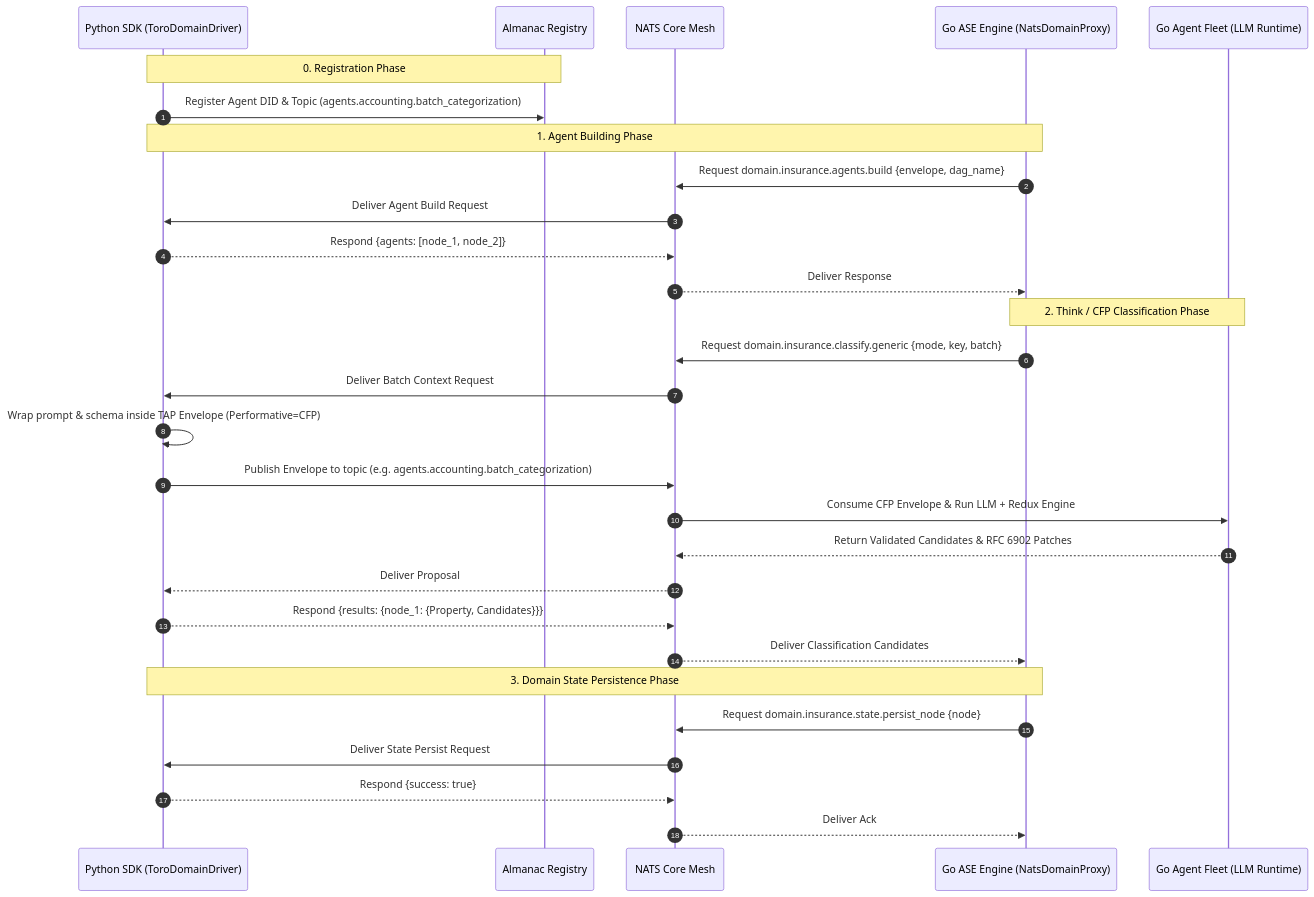
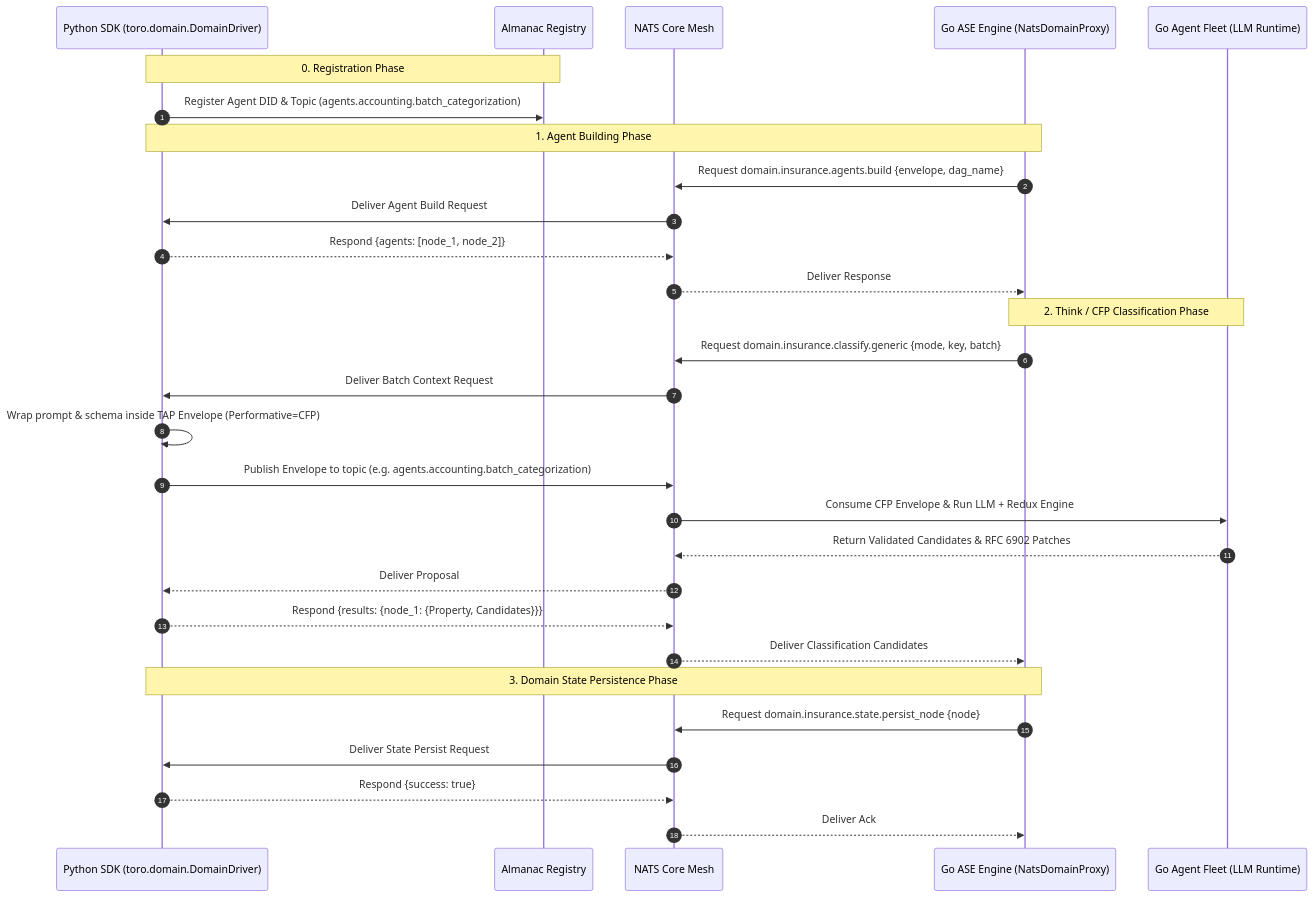
One commit to Yankzy/usetoro changed the first of 2 diagrams in docs/prds/python_sdk.md. Above: the diagram before and after it, drawn with Mermaid. The commit also changed other lines of this file, not shown here.

Commit message:
docs(prd): update module namespaces to toro.domain and toro.core in Python SDK PRD

````diff
--- a/docs/prds/python_sdk.md
+++ b/docs/prds/python_sdk.md
@@ -211,35 +211,35 @@
 ```mermaid
 sequenceDiagram
     autonumber
-    participant PyDriver as Python SDK (ToroDomainDriver)
+    participant PyDriver as Python SDK (toro.domain.DomainDriver)
     participant Almanac as Almanac Registry
     participant NATS as NATS Core Mesh
     participant GoASE as Go ASE Engine (NatsDomainProxy)
     participant GoFleet as Go Agent Fleet (LLM Runtime)
 
     Note over PyDriver, Almanac: 0. Registration Phase
     PyDriver->>Almanac: Register Agent DID & Topic (agents.accounting.batch_categorization)
 
     Note over GoASE, PyDriver: 1. Agent Building Phase
     GoASE->>NATS: Request domain.insurance.agents.build {envelope, dag_name}
     NATS->>PyDriver: Deliver Agent Build Request
     PyDriver-->>NATS: Respond {agents: [node_1, node_2]}
     NATS-->>GoASE: Deliver Response
 
     Note over GoASE, GoFleet: 2. Think / CFP Classification Phase
     GoASE->>NATS: Request domain.insurance.classify.generic {mode, key, batch}
     NATS->>PyDriver: Deliver Batch Context Request
     PyDriver->>PyDriver: Wrap prompt & schema inside TAP Envelope (Performative=CFP)
     PyDriver->>NATS: Publish Envelope to topic (e.g. agents.accounting.batch_categorization)
     NATS->>GoFleet: Consume CFP Envelope & Run LLM + Redux Engine
     GoFleet-->>NATS: Return Validated Candidates & RFC 6902 Patches
     NATS-->>PyDriver: Deliver Proposal
     PyDriver-->>NATS: Respond {results: {node_1: {Property, Candidates}}}
     NATS-->>GoASE: Deliver Classification Candidates
 
     Note over GoASE, PyDriver: 3. Domain State Persistence Phase
     GoASE->>NATS: Request domain.insurance.state.persist_node {node}
     NATS->>PyDriver: Deliver State Persist Request
     PyDriver-->>NATS: Respond {success: true}
     NATS-->>GoASE: Deliver Ack
 ```
````
